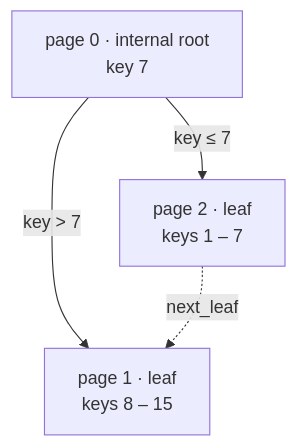
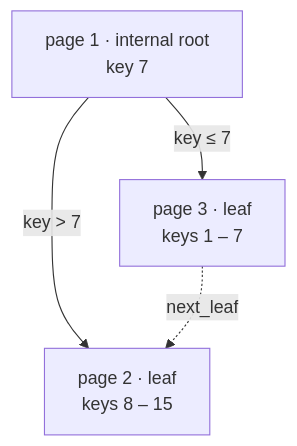
Before and after one commit to Rohitangshu2026/mini-sql: the sixth of 20 diagrams in README.md, drawn with Mermaid. The commit also changed other lines of this file, not shown here.

First line of the commit message:
docs: describe the file header and growable page cache in the README

````diff
--- a/README.md
+++ b/README.md
@@ -460,9 +509,9 @@
 ```mermaid
 flowchart TD
-    R["page 0 · internal root<br/>key 7"]
-    L["page 2 · leaf<br/>keys 1 – 7"]
-    RL["page 1 · leaf<br/>keys 8 – 15"]
+    R["page 1 · internal root<br/>key 7"]
+    L["page 3 · leaf<br/>keys 1 – 7"]
+    RL["page 2 · leaf<br/>keys 8 – 15"]
     R -->|"key ≤ 7"| L
     R -->|"key > 7"| RL
     L -.->|next_leaf| RL
 ```
````
